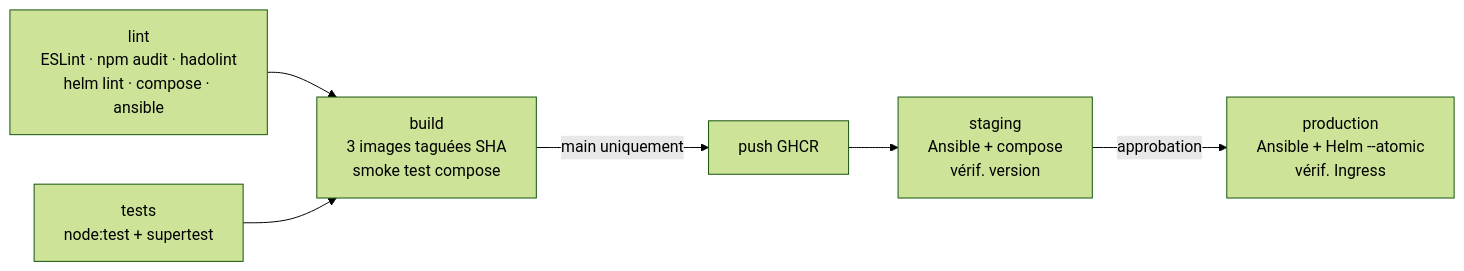
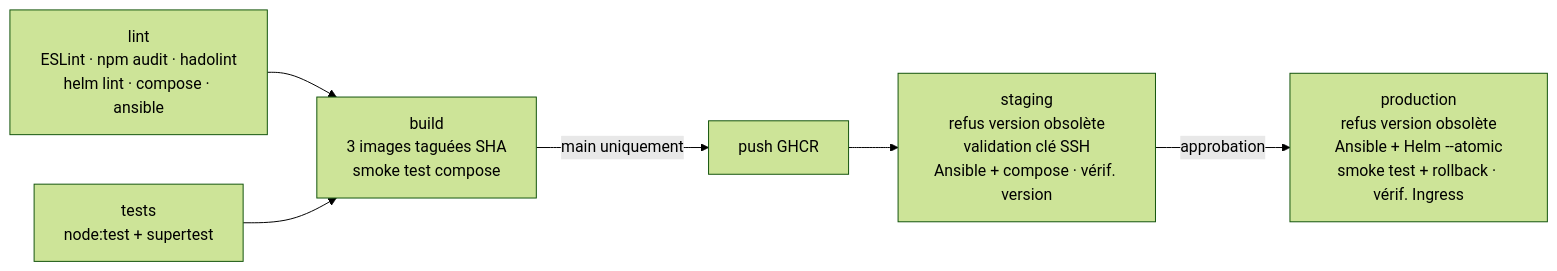
The second of 2 diagrams in README.md (ESGI-M1-DEVOPS/taskflow), drawn with Mermaid (forest theme) before and after one commit. The commit also changed other lines of this file and 5 other files, not shown here.

````diff
--- a/README.md
+++ b/README.md
@@ -112,8 +119,8 @@
 ```mermaid
 flowchart LR
   A[lint<br/>ESLint · npm audit · hadolint<br/>helm lint · compose · ansible] --> C
   B[tests<br/>node:test + supertest] --> C
   C[build<br/>3 images taguées SHA<br/>smoke test compose] -->|main uniquement| D[push GHCR]
-  D --> E[staging<br/>Ansible + compose<br/>vérif. version]
-  E -->|approbation| F[production<br/>Ansible + Helm --atomic<br/>vérif. Ingress]
+  D --> E[staging<br/>refus version obsolète<br/>validation clé SSH<br/>Ansible + compose · vérif. version]
+  E -->|approbation| F[production<br/>refus version obsolète<br/>Ansible + Helm --atomic<br/>smoke test + rollback · vérif. Ingress]
 ```
````
